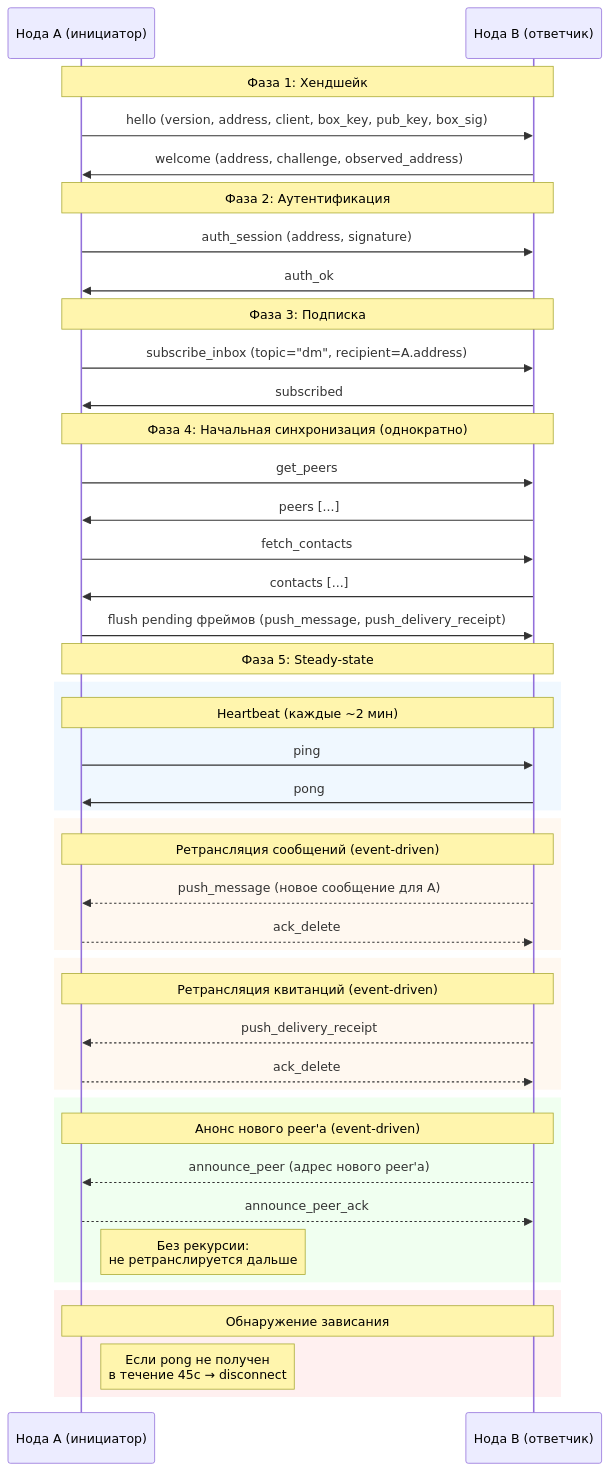
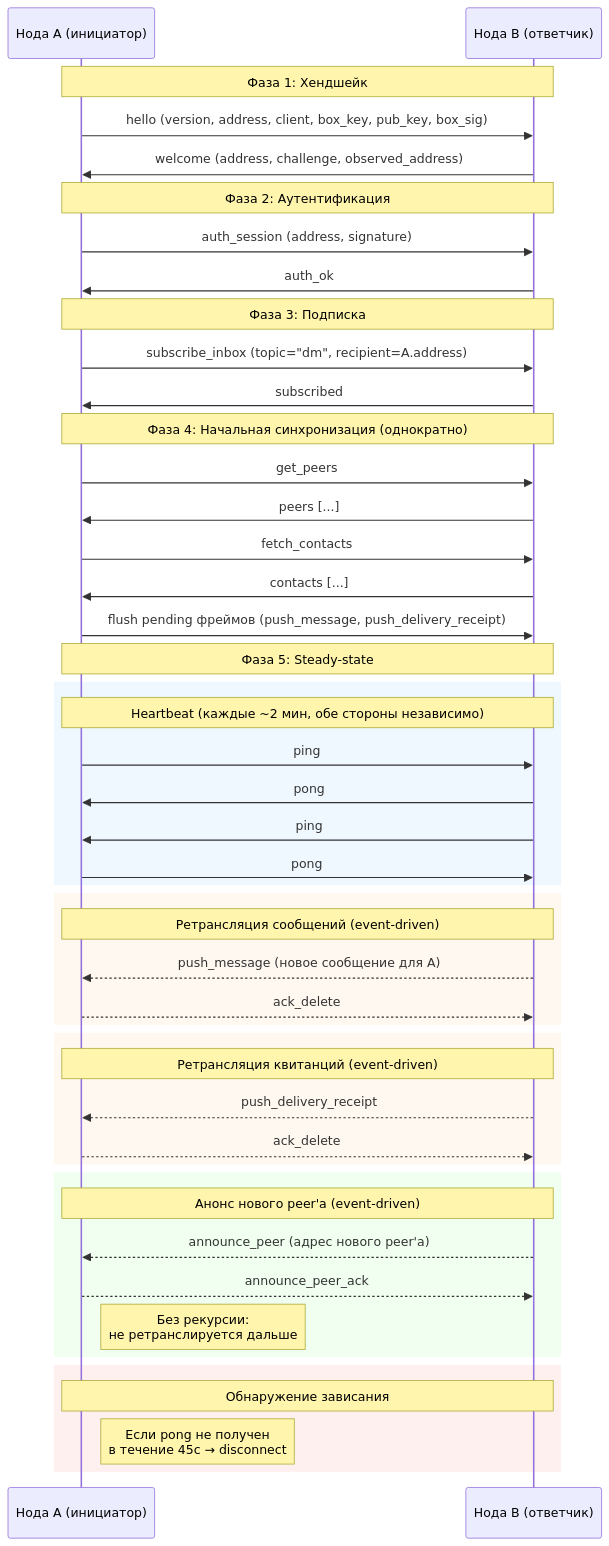
Diagram 13 of 18 in docs/mesh.md (piratecash/corsa), drawn with Mermaid before and after one commit. The commit also changed other lines of this file and 3 other files, not shown here.

````diff
--- a/docs/mesh.md
+++ b/docs/mesh.md
@@ -781,61 +794,63 @@
 ```mermaid
 sequenceDiagram
     participant A as Нода A (инициатор)
     participant B as Нода B (ответчик)
 
     Note over A,B: Фаза 1: Хендшейк
 
     A->>B: hello (version, address, client, box_key, pub_key, box_sig)
     B->>A: welcome (address, challenge, observed_address)
 
     Note over A,B: Фаза 2: Аутентификация
 
     A->>B: auth_session (address, signature)
     B->>A: auth_ok
 
     Note over A,B: Фаза 3: Подписка
 
     A->>B: subscribe_inbox (topic="dm", recipient=A.address)
     B->>A: subscribed
 
     Note over A,B: Фаза 4: Начальная синхронизация (однократно)
 
     A->>B: get_peers
     B->>A: peers [...]
     A->>B: fetch_contacts
     B->>A: contacts [...]
 
     A->>B: flush pending фреймов (push_message, push_delivery_receipt)
 
     Note over A,B: Фаза 5: Steady-state
 
     rect rgb(240, 248, 255)
-        Note over A,B: Heartbeat (каждые ~2 мин)
+        Note over A,B: Heartbeat (каждые ~2 мин, обе стороны независимо)
         A->>B: ping
         B->>A: pong
+        B->>A: ping
+        A->>B: pong
     end
 
     rect rgb(255, 248, 240)
         Note over A,B: Ретрансляция сообщений (event-driven)
         B-->>A: push_message (новое сообщение для A)
         A-->>B: ack_delete
     end
 
     rect rgb(255, 248, 240)
         Note over A,B: Ретрансляция квитанций (event-driven)
         B-->>A: push_delivery_receipt
         A-->>B: ack_delete
     end
 
     rect rgb(240, 255, 240)
         Note over A,B: Анонс нового peer'а (event-driven)
         B-->>A: announce_peer (адрес нового peer'а)
         A-->>B: announce_peer_ack
         Note right of A: Без рекурсии:<br/>не ретранслируется дальше
     end
 
     rect rgb(255, 240, 240)
         Note over A,B: Обнаружение зависания
         Note right of A: Если pong не получен<br/>в течение 45с → disconnect
     end
 ```
````
